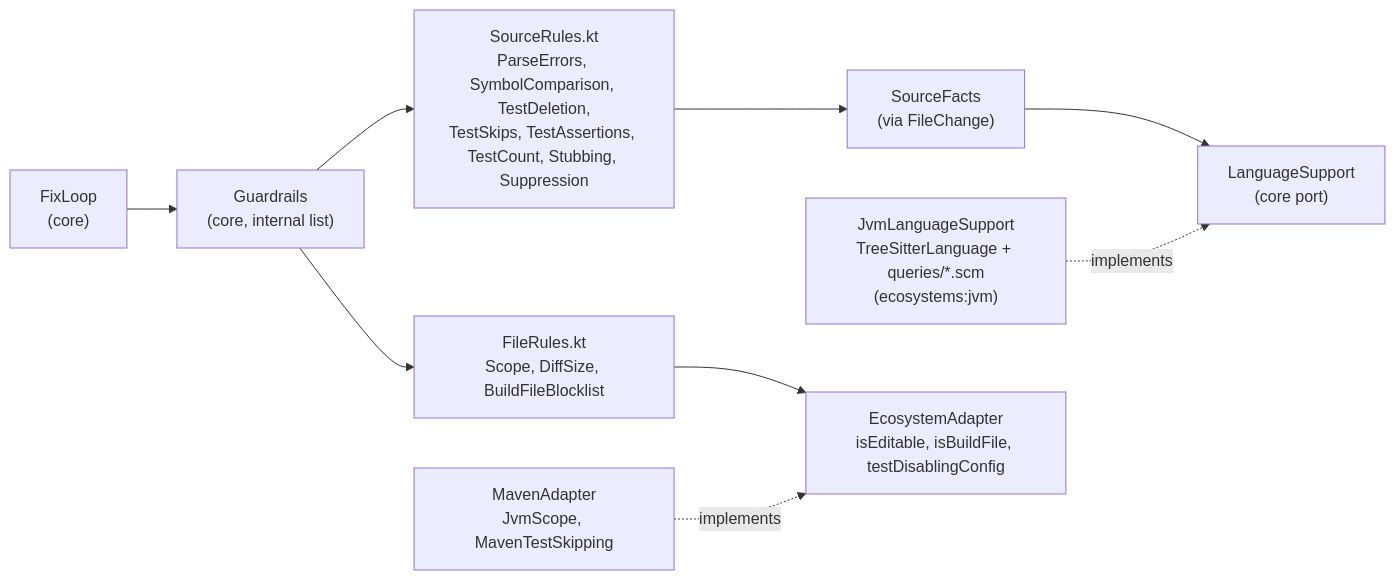
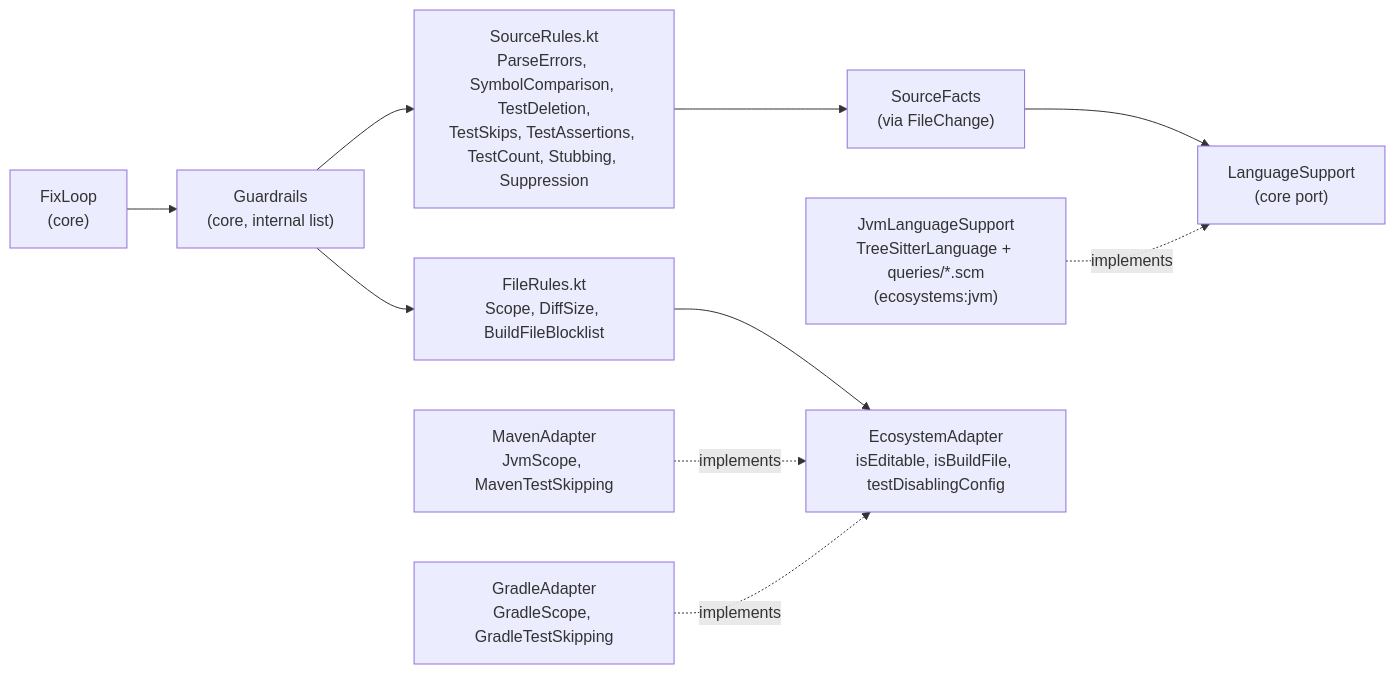
Before and after one commit to danvan86/lector-ai: the first of 2 diagrams in docs/architecture/guardrails.md, drawn with Mermaid. The commit also changed other lines of this file and 7 other files, not shown here.

Commit message:
docs: document the Gradle adapter, and bring the architecture docs up to M7

````diff
--- a/docs/architecture/guardrails.md
+++ b/docs/architecture/guardrails.md
@@ -17,11 +17,12 @@
 ```mermaid
 flowchart LR
     loop["FixLoop<br/>(core)"] --> g["Guardrails<br/>(core, internal list)"]
     g --> file["FileRules.kt<br/>Scope, DiffSize, BuildFileBlocklist"]
     g --> src["SourceRules.kt<br/>ParseErrors, SymbolComparison, TestDeletion,<br/>TestSkips, TestAssertions, TestCount, Stubbing, Suppression"]
     src --> facts["SourceFacts<br/>(via FileChange)"]
     facts --> port["LanguageSupport<br/>(core port)"]
     jvm["JvmLanguageSupport<br/>TreeSitterLanguage + queries/*.scm<br/>(ecosystems:jvm)"] -. implements .-> port
     file --> adapter["EcosystemAdapter<br/>isEditable, isBuildFile, testDisablingConfig"]
     maven["MavenAdapter<br/>JvmScope, MavenTestSkipping"] -. implements .-> adapter
+    gradle["GradleAdapter<br/>GradleScope, GradleTestSkipping"] -. implements .-> adapter
 ```
````
